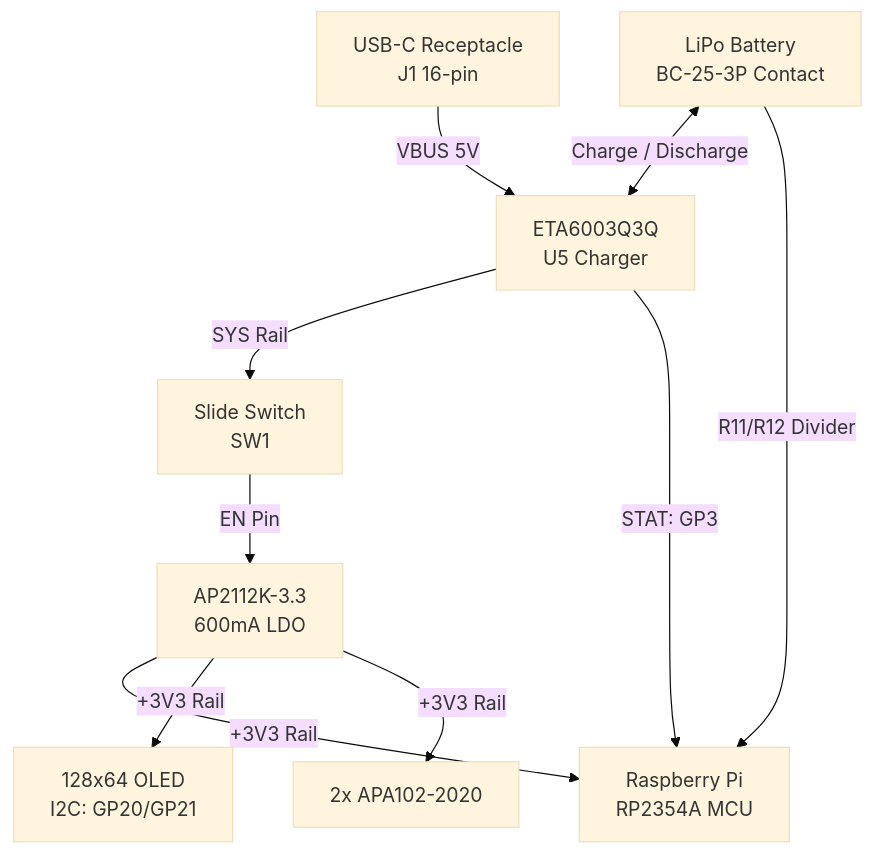
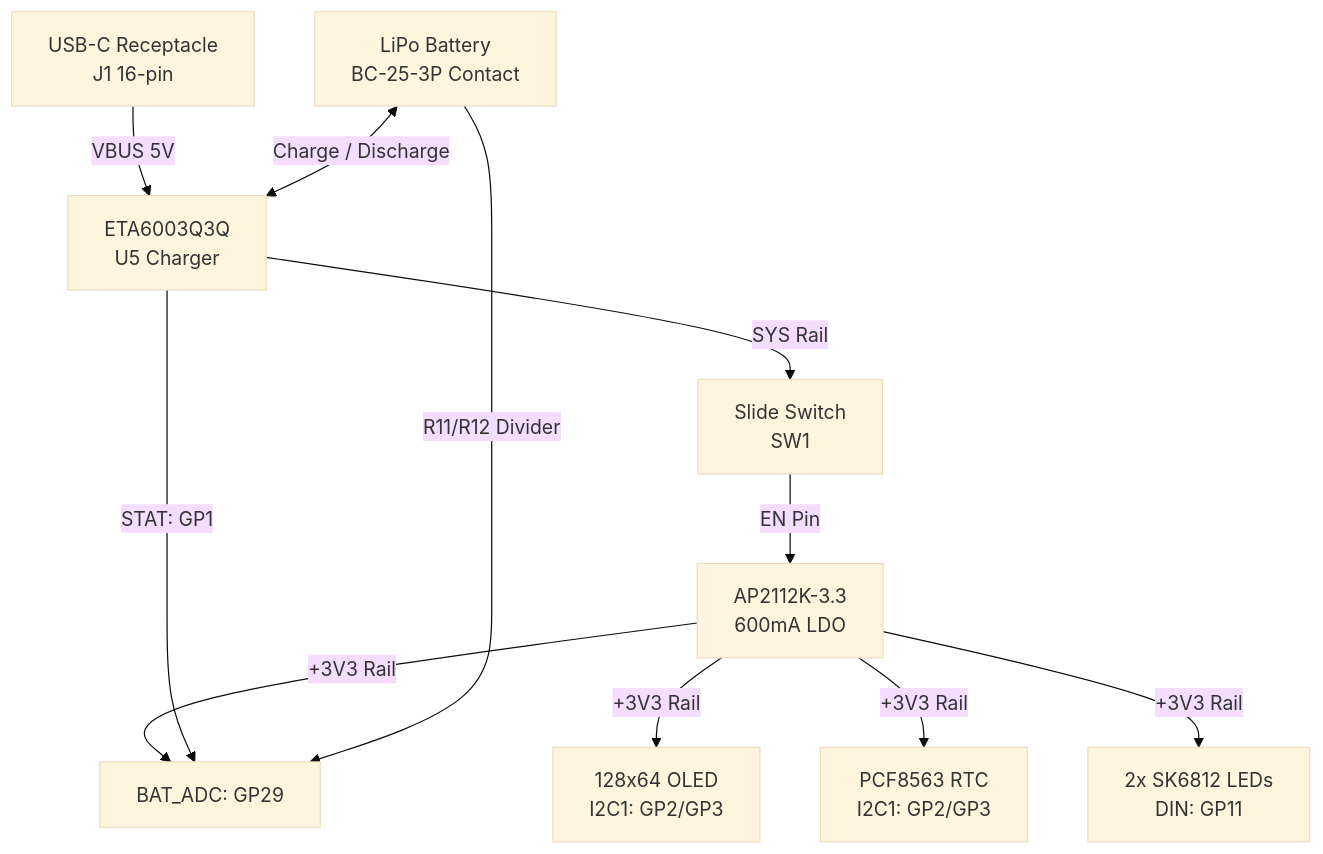
One commit to prajjwalprajjwal/Click changed the diagram in docs/hardware_and_pinouts.md. Above: the diagram before and after it, drawn with Mermaid (base theme). The commit also changed other lines of this file and 3 other files, not shown here.

````diff
--- a/docs/hardware_and_pinouts.md
+++ b/docs/hardware_and_pinouts.md
@@ -99,12 +98,13 @@
 ```mermaid
 flowchart TD
     USB[USB-C Receptacle\nJ1 16-pin] -->|VBUS 5V| ETA[ETA6003Q3Q\nU5 Charger]
     BATT[LiPo Battery\nBC-25-3P Contact] <-->|Charge / Discharge| ETA
     ETA -->|SYS Rail| SW[Slide Switch\nSW1]
     SW -->|EN Pin| LDO[AP2112K-3.3\n600mA LDO]
     LDO -->|+3V3 Rail| MCU[Raspberry Pi\nRP2354A MCU]
-    LDO -->|+3V3 Rail| OLED[128x64 OLED\nI2C: GP20/GP21]
-    LDO -->|+3V3 Rail| LED[2x APA102-2020]
-    ETA -->|STAT: GP3| MCU
-    BATT -->|R11/R12 Divider| MCU
+    LDO -->|+3V3 Rail| OLED[128x64 OLED\nI2C1: GP2/GP3]
+    LDO -->|+3V3 Rail| RTC[PCF8563 RTC\nI2C1: GP2/GP3]
+    LDO -->|+3V3 Rail| LED[2x SK6812 LEDs\nDIN: GP11]
+    ETA -->|STAT: GP1| MCU
+    BATT -->|R11/R12 Divider| MCU[BAT_ADC: GP29]
 ```
````
